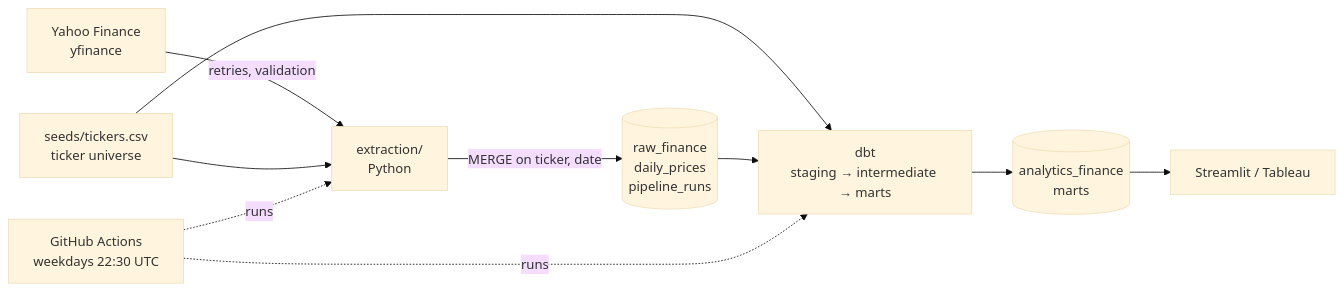
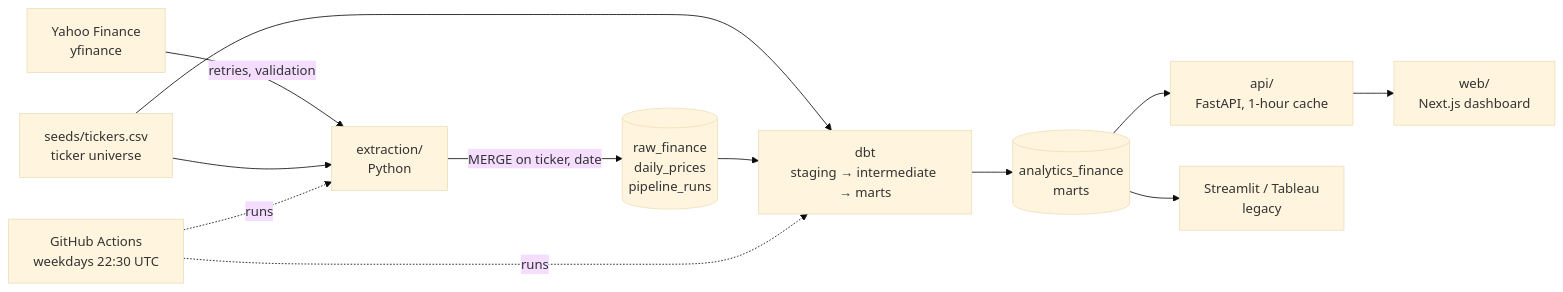
The diagram in README.md (antuelquirino/Financial-Market-Analysis), drawn with Mermaid (base theme) before and after one commit. The commit also changed other lines of this file and 4 other files, not shown here.

Commit message:
docs: README with the dashboard, its screenshots and the API endpoints

````diff
--- a/README.md
+++ b/README.md
@@ -26,12 +50,14 @@
 ```mermaid
 flowchart LR
     Y[Yahoo Finance<br/>yfinance] -->|retries, validation| E[extraction/<br/>Python]
     E -->|MERGE on ticker, date| R[(raw_finance<br/>daily_prices<br/>pipeline_runs)]
     S[seeds/tickers.csv<br/>ticker universe] --> E
     S --> D
     R --> D[dbt<br/>staging → intermediate → marts]
     D --> M[(analytics_finance<br/>marts)]
-    M --> ST[Streamlit / Tableau]
+    M --> A[api/<br/>FastAPI, 1-hour cache]
+    A --> W[web/<br/>Next.js dashboard]
+    M --> ST[Streamlit / Tableau<br/>legacy]
     GA[GitHub Actions<br/>weekdays 22:30 UTC] -. runs .-> E
     GA -. runs .-> D
 ```
````
